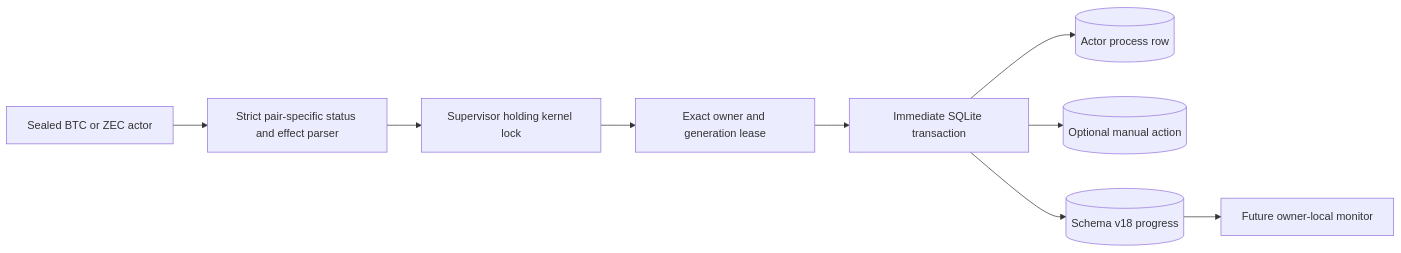
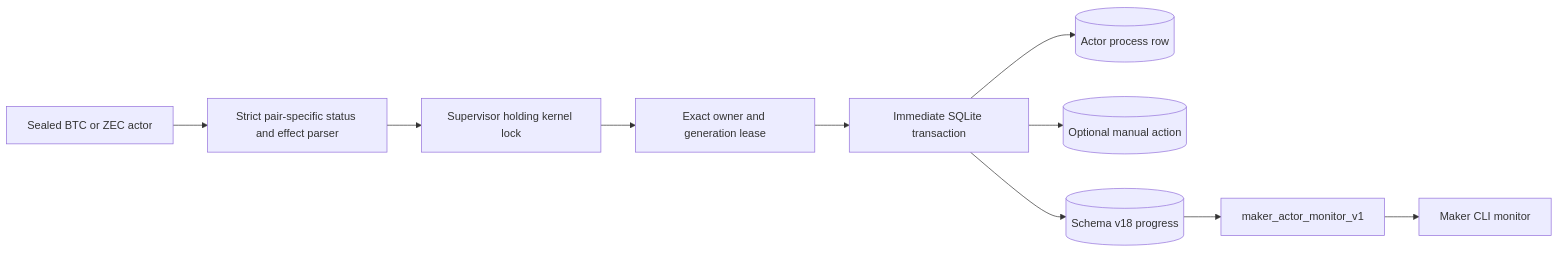
Before and after one commit to gateway-fm/lez-atomic-swaps: the first of 2 diagrams in docs/architecture/0104-commit-actor-progress-with-fenced-resolution.md, drawn with Mermaid. The commit also changed other lines of this file and 16 other files, not shown here.

````diff
--- a/docs/architecture/0104-commit-actor-progress-with-fenced-resolution.md
+++ b/docs/architecture/0104-commit-actor-progress-with-fenced-resolution.md
@@ -43,11 +43,12 @@
 ```mermaid
 flowchart LR
     Child["Sealed BTC or ZEC actor"] --> Parser["Strict pair-specific status and effect parser"]
     Parser --> Worker["Supervisor holding kernel lock"]
     Worker --> Lease["Exact owner and generation lease"]
     Lease --> Tx["Immediate SQLite transaction"]
     Tx --> Process[("Actor process row")]
     Tx --> Action[("Optional manual action")]
     Tx --> Progress[("Schema v18 progress")]
-    Progress --> Monitor["Future owner-local monitor"]
+    Progress --> RPC["maker_actor_monitor_v1"]
+    RPC --> Monitor["Maker CLI monitor"]
 ```
````
